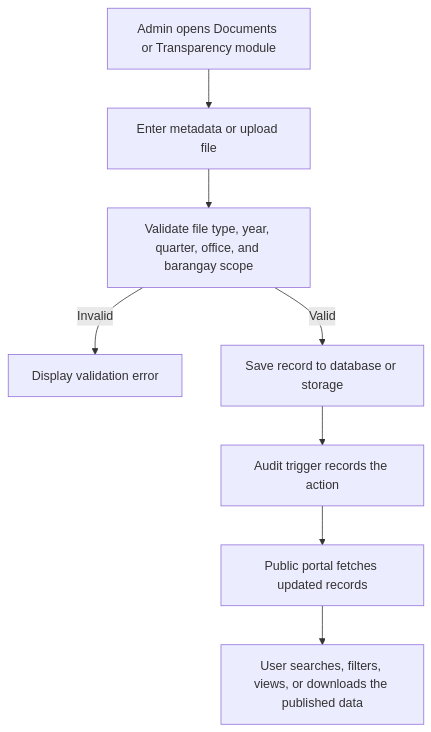
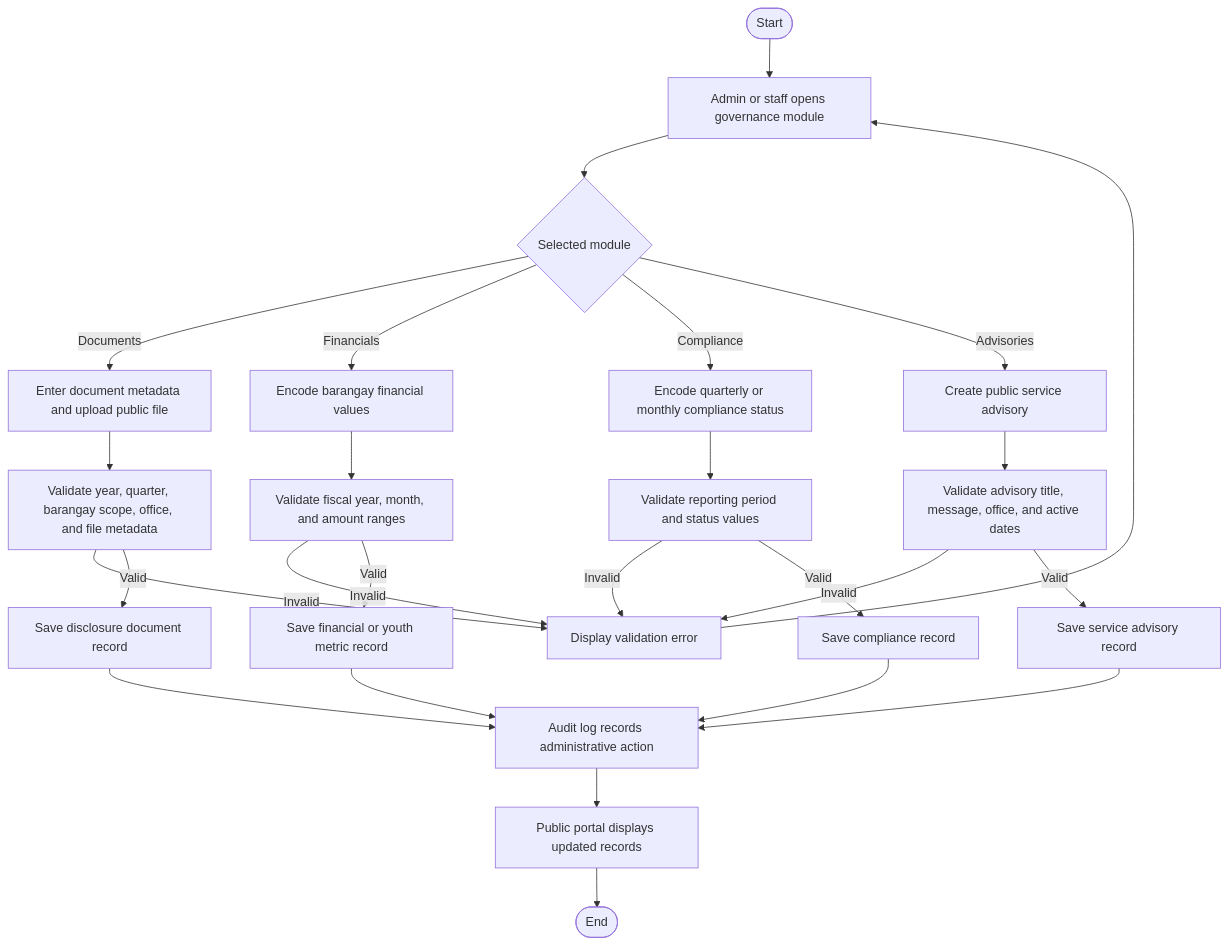
Before and after one commit to txiaoqt/lydo-connect-org-focused: the third of 3 diagrams in Methodology/3.2.1-Activity-Diagram.md, drawn with Mermaid. The commit also changed other lines of this file and 15 other files, not shown here.

````diff
--- a/Methodology/3.2.1-Activity-Diagram.md
+++ b/Methodology/3.2.1-Activity-Diagram.md
@@ -58,10 +59,28 @@
 ```mermaid
 flowchart TD
-    A[Admin opens Documents or Transparency module] --> B[Enter metadata or upload file]
-    B --> C[Validate file type, year, quarter, office, and barangay scope]
-    C -- Invalid --> D[Display validation error]
-    C -- Valid --> E[Save record to database or storage]
-    E --> F[Audit trigger records the action]
-    F --> G[Public portal fetches updated records]
-    G --> H[User searches, filters, views, or downloads the published data]
+    A([Start]) --> B[Admin or staff opens governance module]
+    B --> C{Selected module}
+    C -- Documents --> D[Enter document metadata and upload public file]
+    C -- Financials --> E[Encode barangay financial values]
+    C -- Compliance --> F[Encode quarterly or monthly compliance status]
+    C -- Advisories --> G[Create public service advisory]
+    D --> H[Validate year, quarter, barangay scope, office, and file metadata]
+    E --> I[Validate fiscal year, month, and amount ranges]
+    F --> J[Validate reporting period and status values]
+    G --> K[Validate advisory title, message, office, and active dates]
+    H -- Invalid --> L[Display validation error]
+    I -- Invalid --> L
+    J -- Invalid --> L
+    K -- Invalid --> L
+    L --> B
+    H -- Valid --> M[Save disclosure document record]
+    I -- Valid --> N[Save financial or youth metric record]
+    J -- Valid --> O[Save compliance record]
+    K -- Valid --> P[Save service advisory record]
+    M --> Q[Audit log records administrative action]
+    N --> Q
+    O --> Q
+    P --> Q
+    Q --> R[Public portal displays updated records]
+    R --> S([End])
 ```
````
